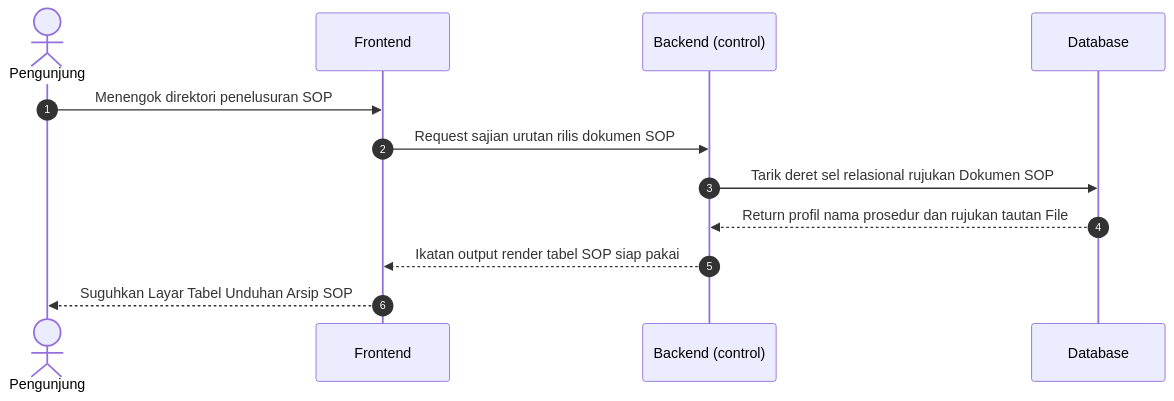
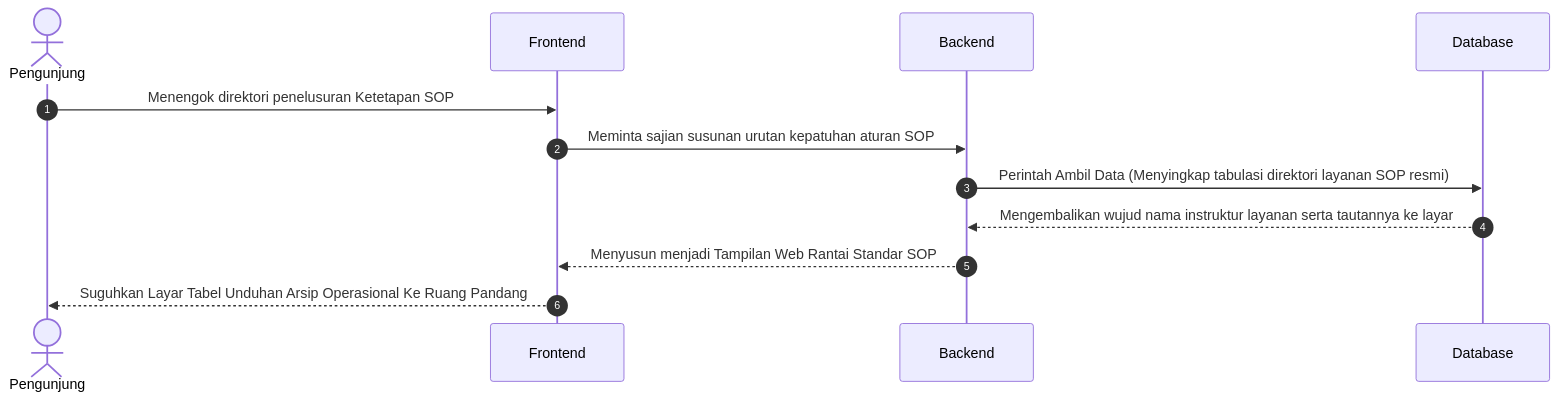
One commit to arbain-dev/Web_fikom changed diagram 16 of 22 in docs/kumpulan_sequence_frontend.md. Above: the diagram before and after it, drawn with Mermaid. The commit also changed other lines of this file and 1 other file, not shown here.

Commit message:
docs: menyederhanakan bahasa teknikal (query, render, html, http, json) menjadi perbendaharaan operasional sederhana di diagram aktivitas public frontend

````diff
--- a/docs/kumpulan_sequence_frontend.md
+++ b/docs/kumpulan_sequence_frontend.md
@@ -308,17 +305,17 @@
 ```mermaid
 sequenceDiagram
     autonumber
     actor User as Pengunjung
-    participant Frontend
-    participant Backend as Backend (control)
-    participant DB as Database
+    participant Frontend as Frontend
+    participant Backend as Backend
+    participant Database as Database
 
-    User->>Frontend: Menengok direktori penelusuran SOP
-    Frontend->>Backend: Request sajian urutan rilis dokumen SOP
+    User->>Frontend: Menengok direktori penelusuran Ketetapan SOP
+    Frontend->>Backend: Meminta sajian susunan urutan kepatuhan aturan SOP
     
-    Backend->>DB: Tarik deret sel relasional rujukan Dokumen SOP
-    DB-->>Backend: Return profil nama prosedur dan rujukan tautan File
+    Backend->>Database: Perintah Ambil Data (Menyingkap tabulasi direktori layanan SOP resmi)
+    Database-->>Backend: Mengembalikan wujud nama instruktur layanan serta tautannya ke layar
     
-    Backend-->>Frontend: Ikatan output render tabel SOP siap pakai
-    Frontend-->>User: Suguhkan Layar Tabel Unduhan Arsip SOP
+    Backend-->>Frontend: Menyusun menjadi Tampilan Web Rantai Standar SOP
+    Frontend-->>User: Suguhkan Layar Tabel Unduhan Arsip Operasional Ke Ruang Pandang
 ```
````
